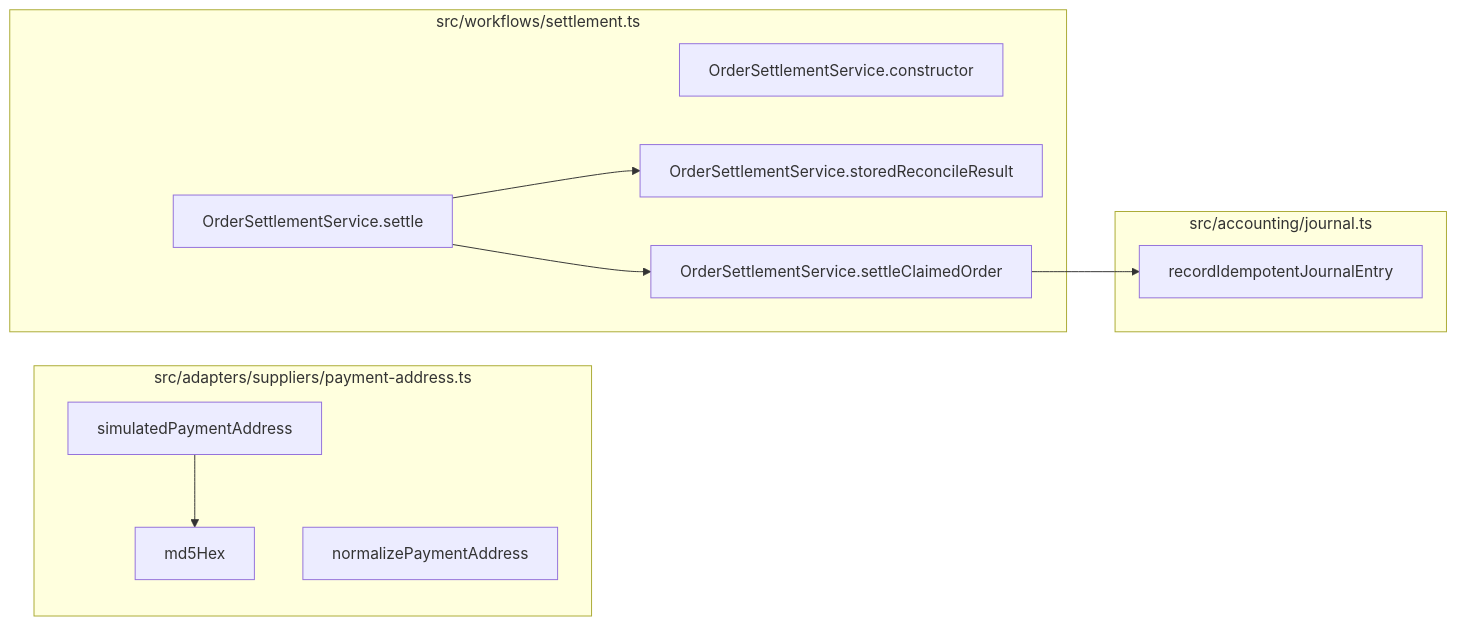
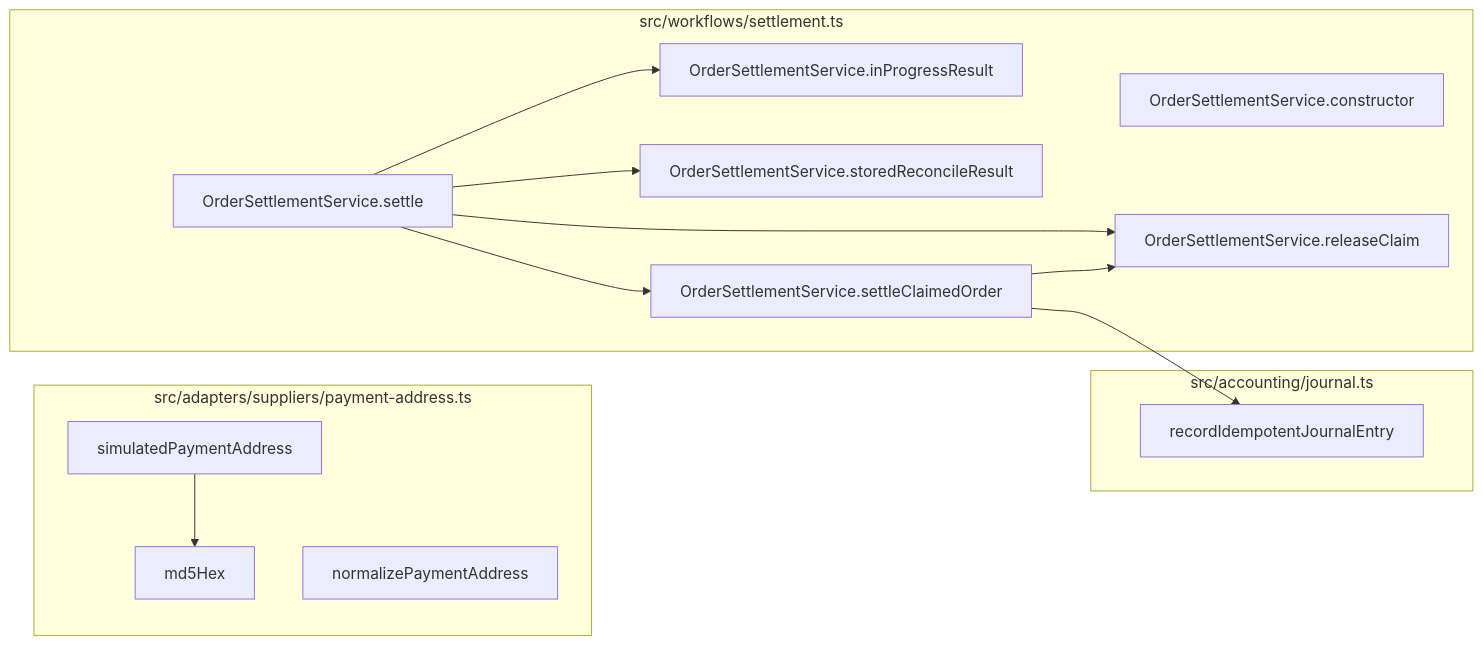
One commit to Jaydearcadian/bind changed the eighth of 8 diagrams in docs/CODEBASE_MAP.md. Above: the diagram before and after it, drawn with Mermaid. The commit also changed other lines of this file and 3 other files, not shown here.

````diff
--- a/docs/CODEBASE_MAP.md
+++ b/docs/CODEBASE_MAP.md
@@ -504,21 +506,26 @@
 ```mermaid
 flowchart LR
   subgraph F0["src/accounting/journal.ts"]
     n0["recordIdempotentJournalEntry"]
   end
   subgraph F1["src/adapters/suppliers/payment-address.ts"]
     n25["md5Hex"]
     n26["simulatedPaymentAddress"]
     n27["normalizePaymentAddress"]
   end
   subgraph F2["src/workflows/settlement.ts"]
     n154["OrderSettlementService.constructor"]
     n155["OrderSettlementService.settle"]
-    n156["OrderSettlementService.storedReconcileResult"]
-    n157["OrderSettlementService.settleClaimedOrder"]
+    n156["OrderSettlementService.releaseClaim"]
+    n157["OrderSettlementService.inProgressResult"]
+    n158["OrderSettlementService.storedReconcileResult"]
+    n159["OrderSettlementService.settleClaimedOrder"]
   end
   n26 --> n25
+  n155 --> n158
+  n155 --> n157
+  n155 --> n159
   n155 --> n156
-  n155 --> n157
-  n157 --> n0
+  n159 --> n156
+  n159 --> n0
 ```
````
